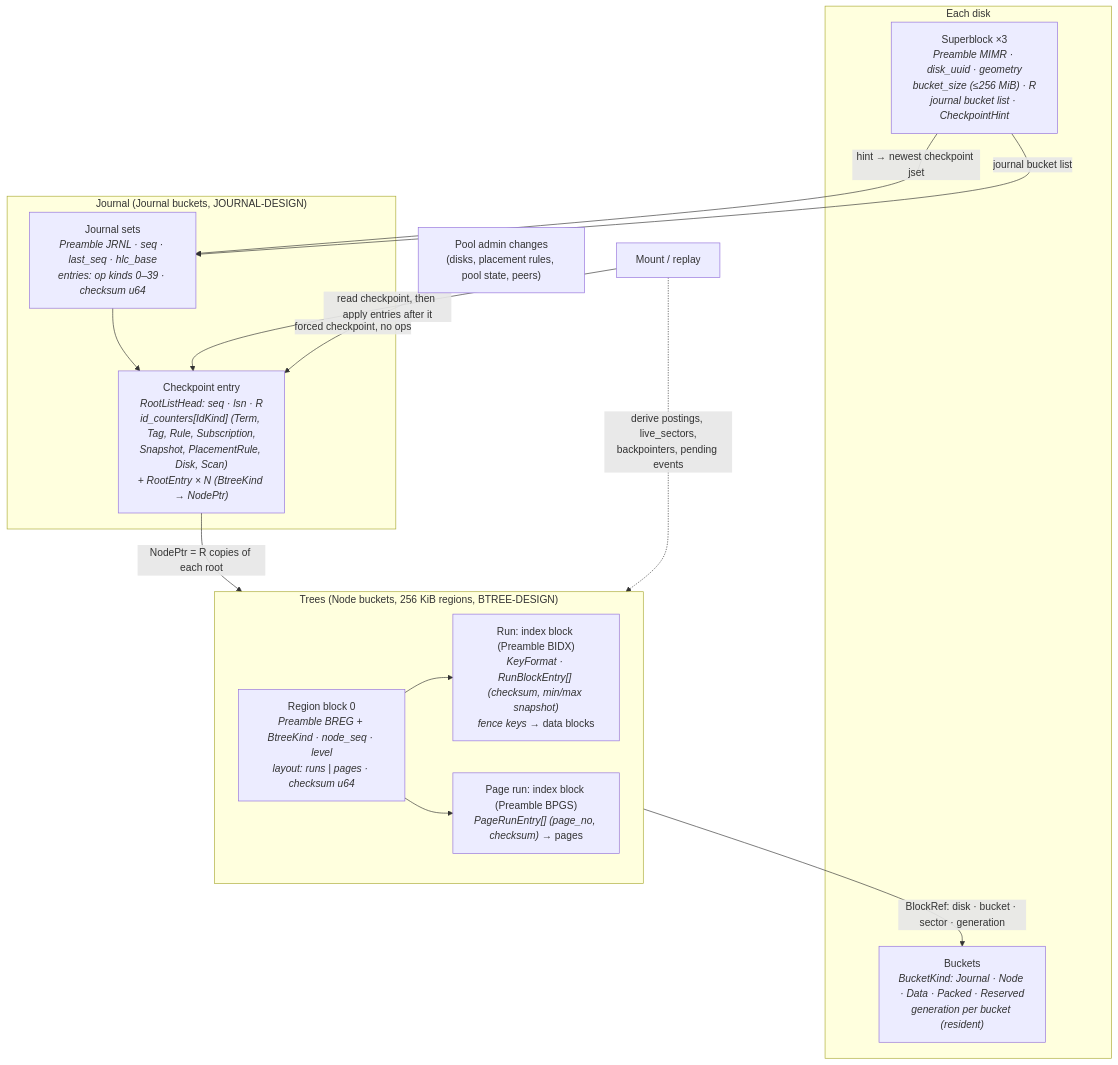
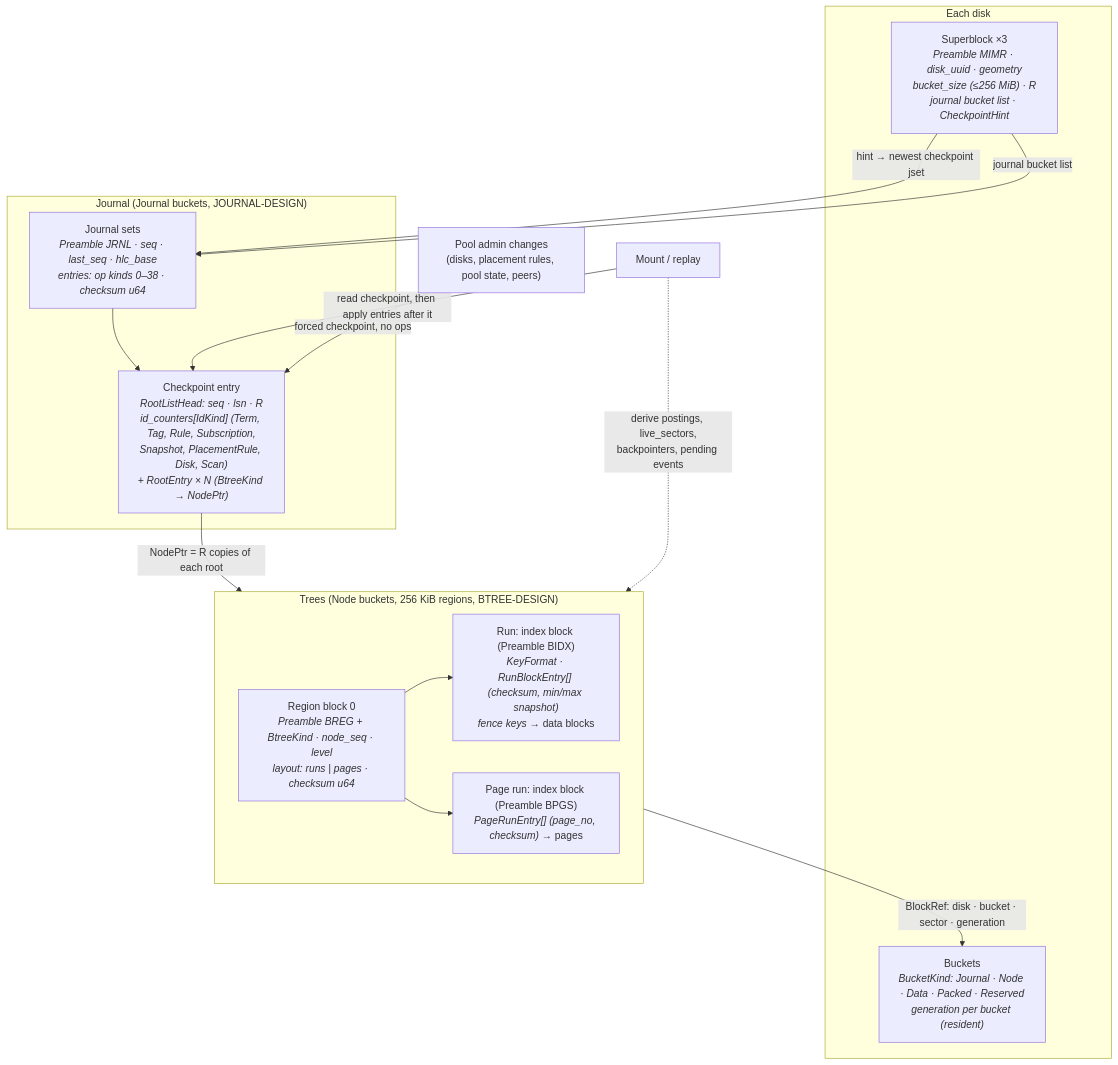
The first of 2 diagrams in doc/agentic/specification-design.md (metta-systems/mimisbrunnr), drawn with Mermaid before and after one commit. The commit also changed other lines of this file and 27 other files, not shown here.

Commit message:
One content model: objects are hashed pieces in a shared ContentMap, private by default or shared through ChunkIndex; piece journal ops, op kinds 0-38, BtreeKind 0-25

````diff
--- a/doc/agentic/specification-design.md
+++ b/doc/agentic/specification-design.md
@@ -1454,31 +1462,31 @@
 ```mermaid
 flowchart TB
     subgraph Disk["Each disk"]
         SB["Superblock ×3<br/><i>Preamble MIMR · disk_uuid · geometry<br/>bucket_size (≤256 MiB) · R<br/>journal bucket list · CheckpointHint</i>"]
         Buckets["Buckets<br/><i>BucketKind: Journal · Node · Data · Packed · Reserved<br/>generation per bucket (resident)</i>"]
     end
 
     subgraph Journal["Journal (Journal buckets, JOURNAL-DESIGN)"]
-        JSET["Journal sets<br/><i>Preamble JRNL · seq · last_seq · hlc_base<br/>entries: op kinds 0–39 · checksum u64</i>"]
+        JSET["Journal sets<br/><i>Preamble JRNL · seq · last_seq · hlc_base<br/>entries: op kinds 0–38 · checksum u64</i>"]
         CKPT["Checkpoint entry<br/><i>RootListHead: seq · lsn · R<br/>id_counters[IdKind] (Term, Tag, Rule, Subscription,<br/>Snapshot, PlacementRule, Disk, Scan)<br/>+ RootEntry × N (BtreeKind → NodePtr)</i>"]
         JSET --> CKPT
     end
 
     SB -->|"hint → newest checkpoint jset"| JSET
     SB -->|"journal bucket list"| JSET
     CKPT -->|"NodePtr = R copies of each root"| Trees
 
     subgraph Trees["Trees (Node buckets, 256 KiB regions, BTREE-DESIGN)"]
         REG["Region block 0<br/><i>Preamble BREG + BtreeKind · node_seq · level<br/>layout: runs | pages · checksum u64</i>"]
         RUN["Run: index block (Preamble BIDX)<br/><i>KeyFormat · RunBlockEntry[] (checksum, min/max snapshot)<br/>fence keys</i> → data blocks"]
         PG["Page run: index block (Preamble BPGS)<br/><i>PageRunEntry[] (page_no, checksum)</i> → pages"]
         REG --> RUN
         REG --> PG
     end
 
     Trees -->|"BlockRef: disk · bucket · sector · generation"| Buckets
     Replay["Mount / replay"] -->|"read checkpoint, then apply entries after it"| CKPT
     Replay -.->|"derive postings, live_sectors,<br/>backpointers, pending events"| Trees
 
     ADMIN["Pool admin changes<br/>(disks, placement rules, pool state, peers)"] -->|"forced checkpoint, no ops"| CKPT
 ```
````
